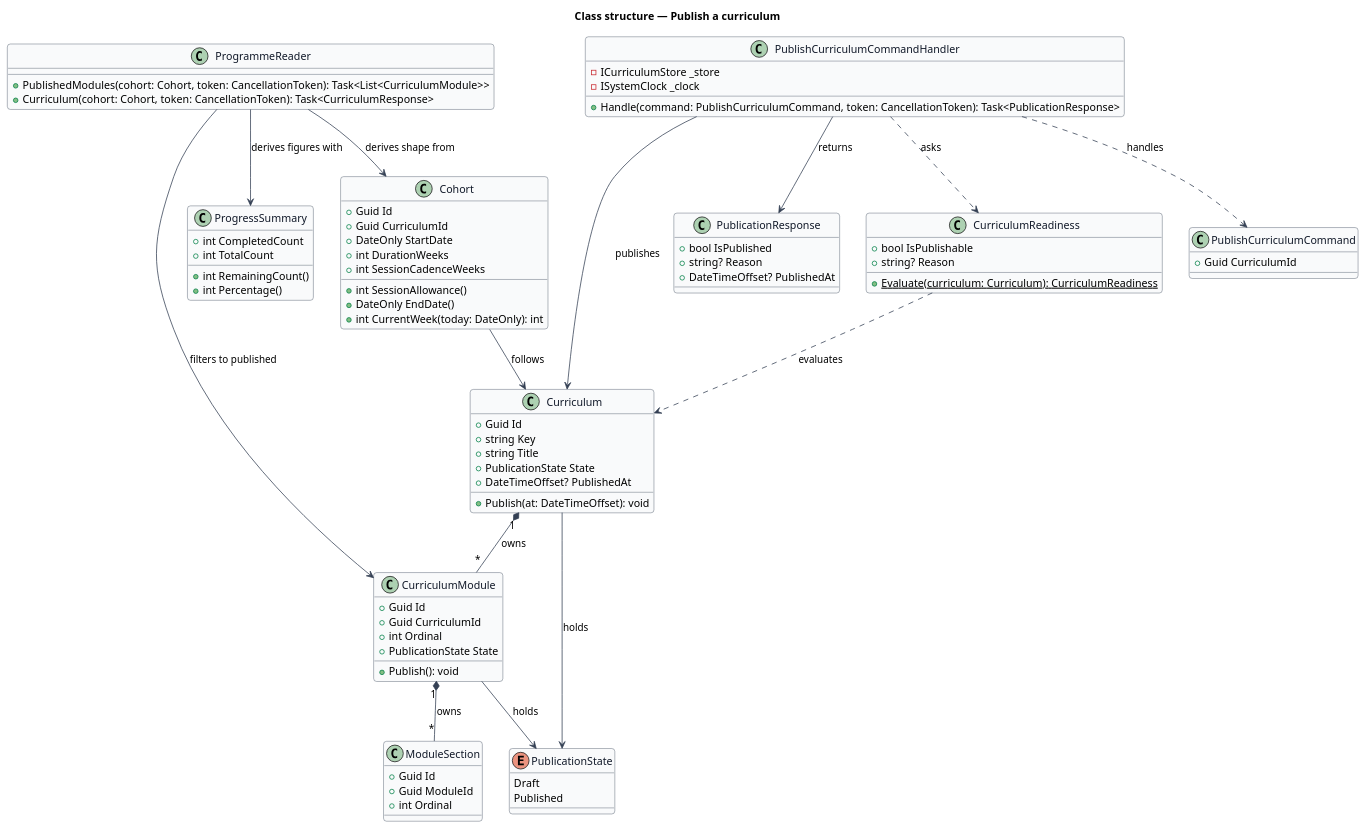
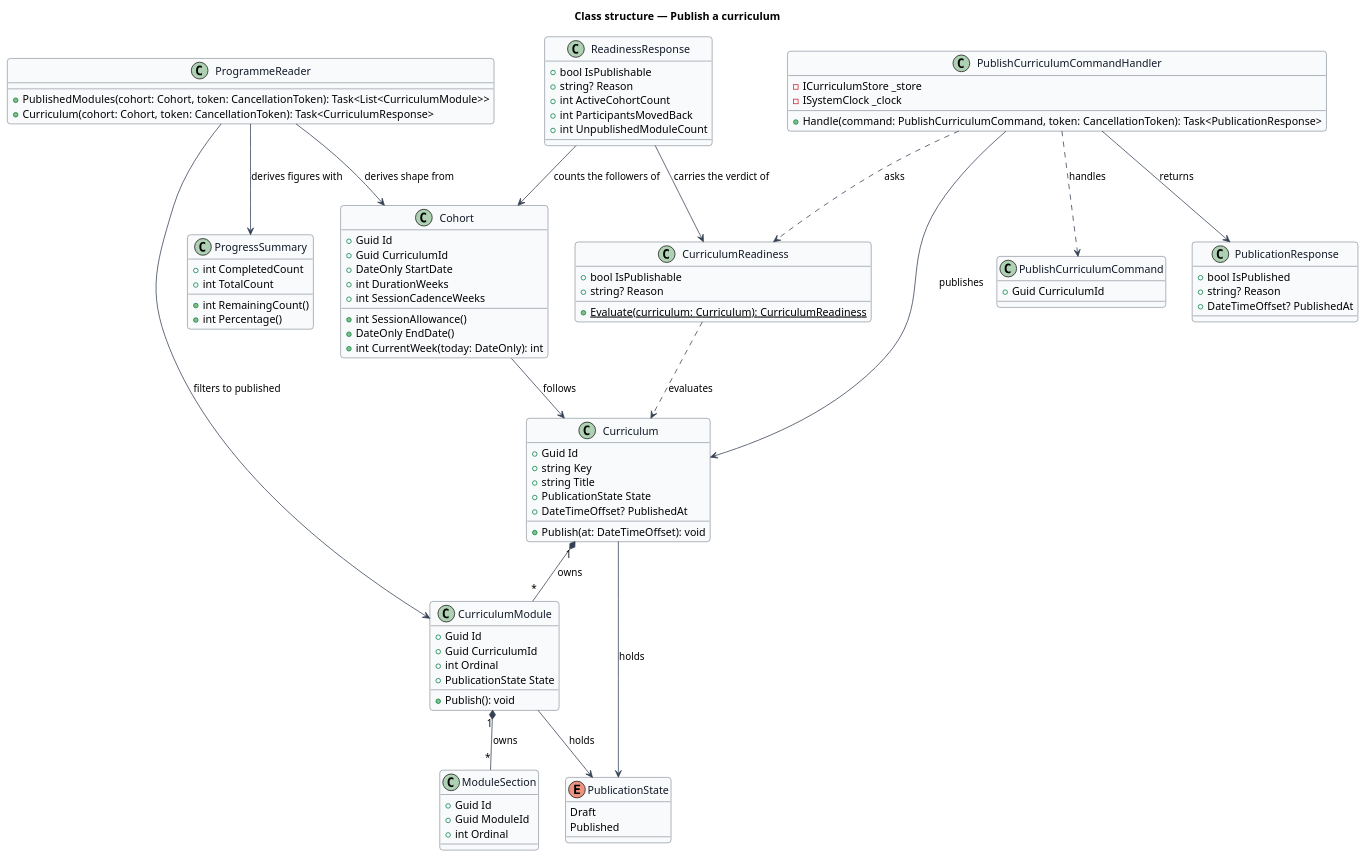
One commit to QuinntyneBrown/quinntyne-brown-stewardship changed the diagram in docs/detailed-designs/administration/publish-curriculum/diagrams/class-structure.puml. Above: the diagram before and after it, drawn with PlantUML. The commit also changed 3 other files, not shown here.

```diff
--- a/docs/detailed-designs/administration/publish-curriculum/diagrams/class-structure.puml
+++ b/docs/detailed-designs/administration/publish-curriculum/diagrams/class-structure.puml
@@ -1,100 +1,110 @@
 @startuml
 skinparam backgroundColor #FFFFFF
 skinparam shadowing false
 skinparam roundcorner 8
 skinparam defaultFontName Arial
 skinparam ArrowColor #344054
 skinparam class {
   BorderColor #344054
   FontColor #101828
   BackgroundColor #F9FAFB
 }
 title Class structure — Publish a curriculum
 
 enum PublicationState {
   Draft
   Published
 }
 
 class Curriculum {
   +Guid Id
   +string Key
   +string Title
   +PublicationState State
   +DateTimeOffset? PublishedAt
   +Publish(at: DateTimeOffset): void
 }
 
 class CurriculumModule {
   +Guid Id
   +Guid CurriculumId
   +int Ordinal
   +PublicationState State
   +Publish(): void
 }
 
 class ModuleSection {
   +Guid Id
   +Guid ModuleId
   +int Ordinal
 }
 
 class CurriculumReadiness {
   +bool IsPublishable
   +string? Reason
   +{static} Evaluate(curriculum: Curriculum): CurriculumReadiness
 }
 
+class ReadinessResponse {
+  +bool IsPublishable
+  +string? Reason
+  +int ActiveCohortCount
+  +int ParticipantsMovedBack
+  +int UnpublishedModuleCount
+}
+
 class Cohort {
   +Guid Id
   +Guid CurriculumId
   +DateOnly StartDate
   +int DurationWeeks
   +int SessionCadenceWeeks
   +int SessionAllowance()
   +DateOnly EndDate()
   +int CurrentWeek(today: DateOnly): int
 }
 
 class PublishCurriculumCommand {
   +Guid CurriculumId
 }
 
 class PublishCurriculumCommandHandler {
   -ICurriculumStore _store
   -ISystemClock _clock
   +Handle(command: PublishCurriculumCommand, token: CancellationToken): Task<PublicationResponse>
 }
 
 class PublicationResponse {
   +bool IsPublished
   +string? Reason
   +DateTimeOffset? PublishedAt
 }
 
 class ProgrammeReader {
   +PublishedModules(cohort: Cohort, token: CancellationToken): Task<List<CurriculumModule>>
   +Curriculum(cohort: Cohort, token: CancellationToken): Task<CurriculumResponse>
 }
 
 class ProgressSummary {
   +int CompletedCount
   +int TotalCount
   +int RemainingCount()
   +int Percentage()
 }
 
 Curriculum "1" *-- "*" CurriculumModule : owns
 CurriculumModule "1" *-- "*" ModuleSection : owns
 Curriculum --> PublicationState : holds
 CurriculumModule --> PublicationState : holds
 Cohort --> Curriculum : follows
 CurriculumReadiness ..> Curriculum : evaluates
+ReadinessResponse --> CurriculumReadiness : carries the verdict of
+ReadinessResponse --> Cohort : counts the followers of
 PublishCurriculumCommandHandler ..> PublishCurriculumCommand : handles
 PublishCurriculumCommandHandler ..> CurriculumReadiness : asks
 PublishCurriculumCommandHandler --> Curriculum : publishes
 PublishCurriculumCommandHandler --> PublicationResponse : returns
 ProgrammeReader --> CurriculumModule : filters to published
 ProgrammeReader --> Cohort : derives shape from
 ProgrammeReader --> ProgressSummary : derives figures with
 @enduml
```
